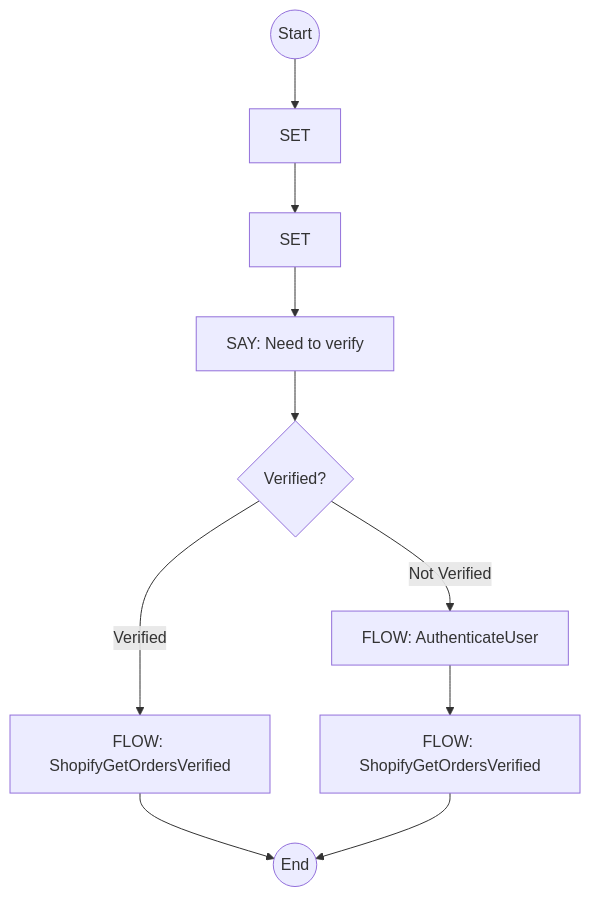
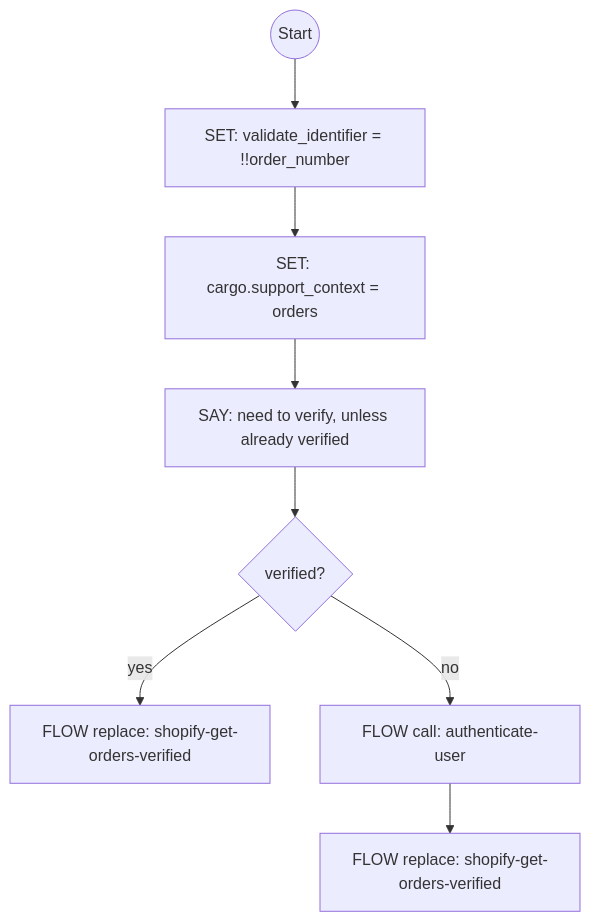
One commit to ronpinkas/jsfe changed the third of 6 diagrams in docs/shopify-flows.md. Above: the diagram before and after it, drawn with Mermaid. The commit also changed other lines of this file and 3 other files, not shown here.

````diff
--- a/docs/shopify-flows.md
+++ b/docs/shopify-flows.md
@@ -116,15 +160,10 @@
 ```mermaid
 graph TD
-    start((Start)) --> set_validate_if_from_param[SET]
-    set_validate_if_from_param --> set_support_context[SET]
-    set_support_context --> explain_verification[SAY: Need to verify]
-    explain_verification --> check_otp_status{Verified?}
-    
-    check_otp_status -->|Verified| already_verified[FLOW: ShopifyGetOrdersVerified]
-    check_otp_status -->|Not Verified| perform_auth[FLOW: AuthenticateUser]
-    
-    perform_auth --> proceed_to_orders[FLOW: ShopifyGetOrdersVerified]
-    
-    already_verified --> stop((End))
-    proceed_to_orders --> stop
+    start((Start)) --> set_validate[SET: validate_identifier = !!order_number]
+    set_validate --> set_support_context[SET: cargo.support_context = orders]
+    set_support_context --> explain_verification[SAY: need to verify, unless already verified]
+    explain_verification --> check_otp_status{verified?}
+    check_otp_status -->|yes| already_verified[FLOW replace: shopify-get-orders-verified]
+    check_otp_status -->|no| perform_auth[FLOW call: authenticate-user]
+    perform_auth --> proceed_to_orders[FLOW replace: shopify-get-orders-verified]
 ```
````
